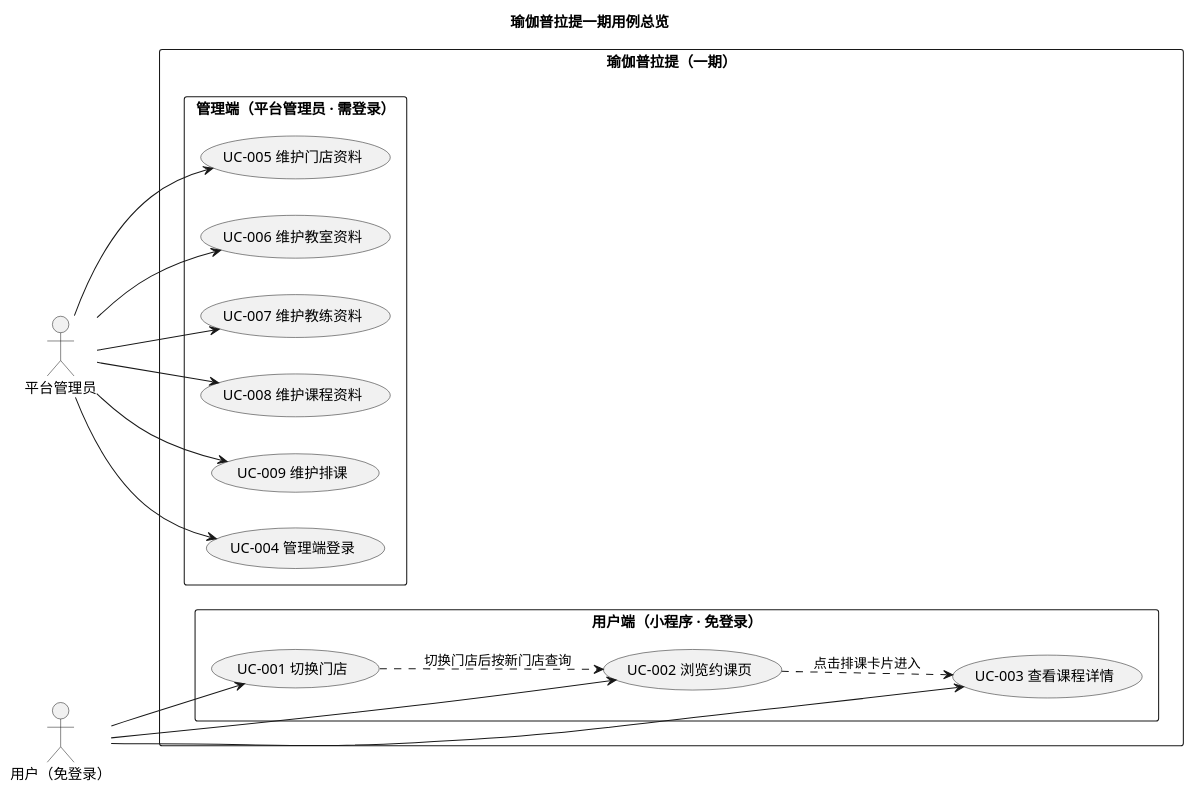
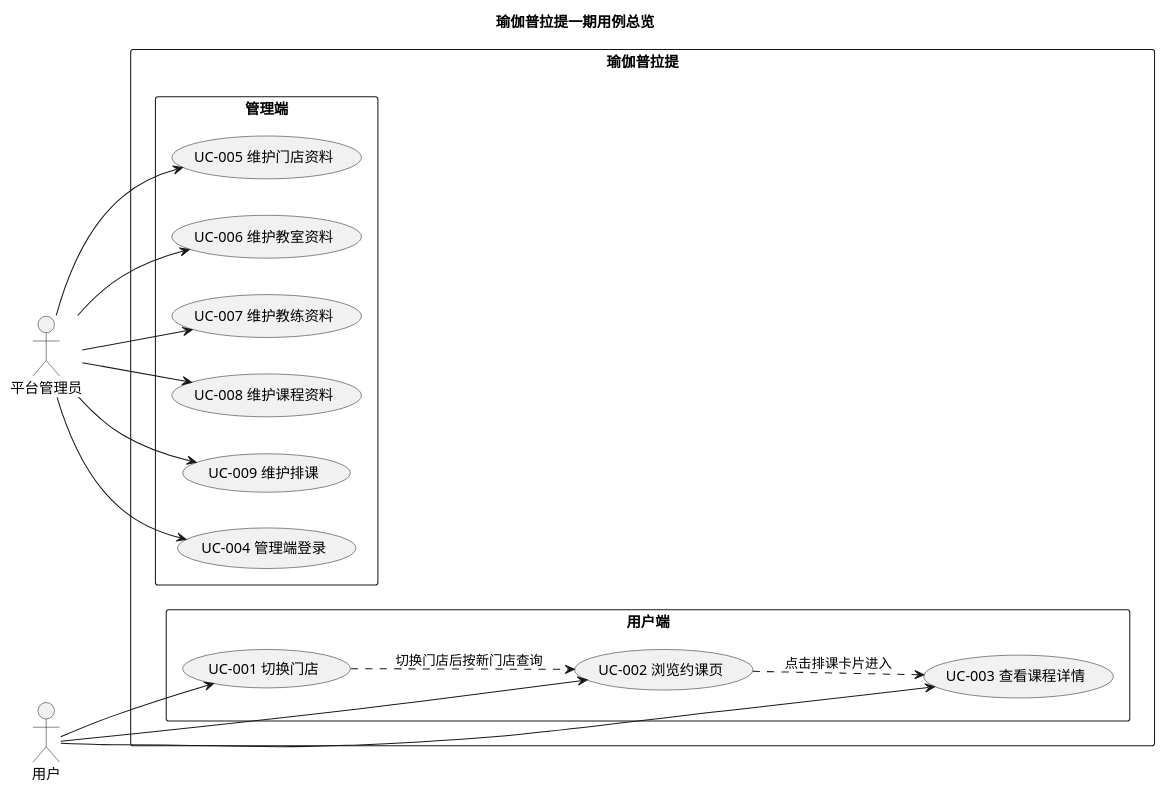
Before and after one commit to duo2530/techplant-yoga: the diagram in docs/需求分析/用例总览.md, drawn with PlantUML. The commit also changed other lines of this file and 58 other files, not shown here.

````diff
--- a/docs/需求分析/用例总览.md
+++ b/docs/需求分析/用例总览.md
@@ -13,46 +5,46 @@
 ```plantuml
 @startuml
 left to right direction
 skinparam packageStyle rectangle
 title 瑜伽普拉提一期用例总览
 
-actor "用户（免登录）" as User
+actor "用户" as User
 actor "平台管理员" as Admin
 
-rectangle "瑜伽普拉提（一期）" {
+rectangle "瑜伽普拉提" {
 
-  package "用户端（小程序 · 免登录）" {
+  package "用户端" {
     usecase "UC-001 切换门店" as UC001
     usecase "UC-002 浏览约课页" as UC002
     usecase "UC-003 查看课程详情" as UC003
   }
 
-  package "管理端（平台管理员 · 需登录）" {
+  package "管理端" {
     usecase "UC-004 管理端登录" as UC004
     usecase "UC-005 维护门店资料" as UC005
     usecase "UC-006 维护教室资料" as UC006
     usecase "UC-007 维护教练资料" as UC007
     usecase "UC-008 维护课程资料" as UC008
     usecase "UC-009 维护排课" as UC009
   }
 }
 
-' ---------- 用户（免登录）----------
+' ---------- 用户----------
 User --> UC001
 User --> UC002
 User --> UC003
 
 ' ---------- 平台管理员 ----------
 Admin --> UC004
 Admin --> UC005
 Admin --> UC006
 Admin --> UC007
 Admin --> UC008
 Admin --> UC009
 
 ' ---------- 用例之间的关系 ----------
 UC001 ..> UC002 : 切换门店后按新门店查询
 UC002 ..> UC003 : 点击排课卡片进入
 
 @enduml
 ```
````
